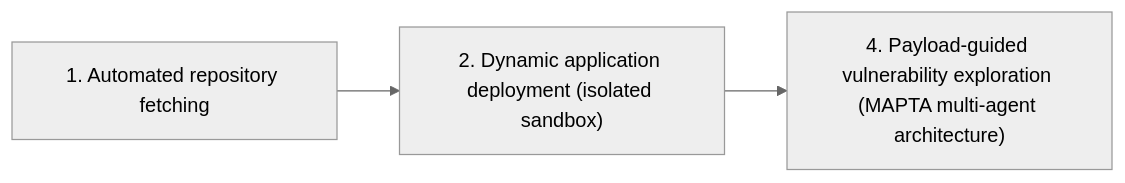
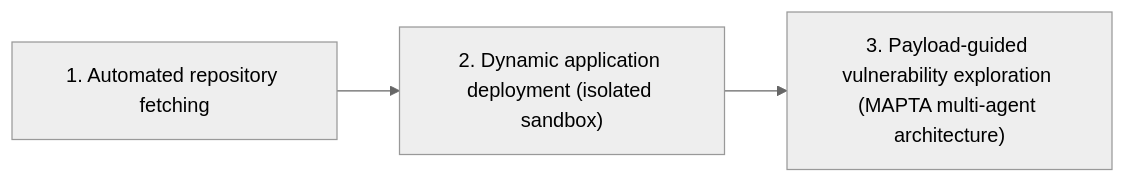
One commit to nishan-paul-hello/cmatrix-agentic-red-team changed the fourth of 4 diagrams in docs/index-paper-md-main/03-multi-agent-penetration-testing-ai-for-the-web.md. Above: the diagram before and after it, drawn with Mermaid (neutral theme). The commit also changed other lines of this file and 4 other files, not shown here.

````diff
--- a/docs/index-paper-md-main/03-multi-agent-penetration-testing-ai-for-the-web.md
+++ b/docs/index-paper-md-main/03-multi-agent-penetration-testing-ai-for-the-web.md
@@ -425,5 +425,5 @@
 ```mermaid
 flowchart LR
     A["1. Automated repository fetching"] --> B["2. Dynamic application deployment (isolated sandbox)"]
-    B --> C["4. Payload-guided vulnerability exploration (MAPTA multi-agent architecture)"]
+    B --> C["3. Payload-guided vulnerability exploration (MAPTA multi-agent architecture)"]
 ```
````
